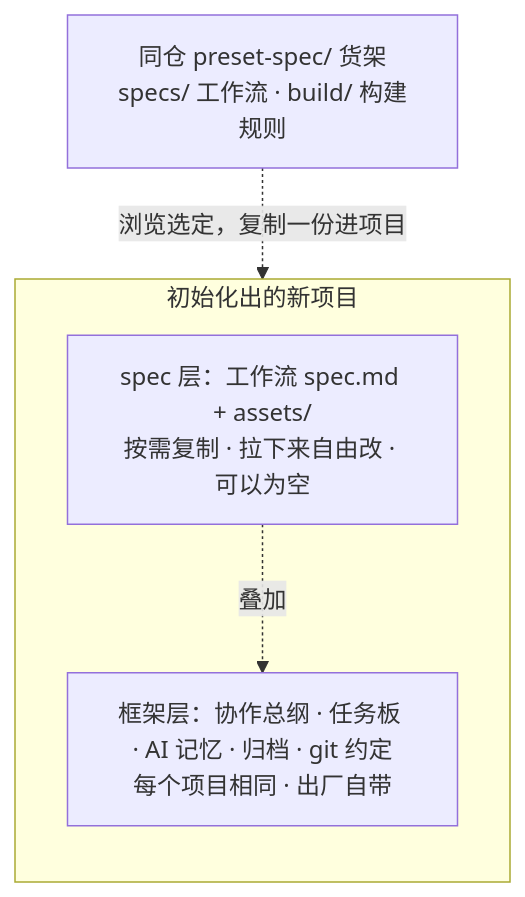
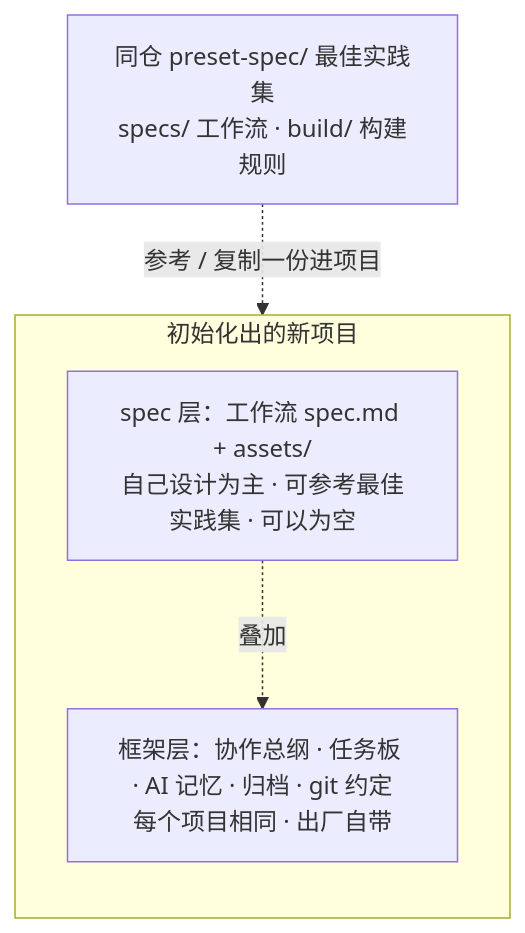
Before and after one commit to The-Daybreaker/project-spec: the second of 2 diagrams in README.md, drawn with Mermaid. The commit also changed other lines of this file and 11 other files, not shown here.

First line of the commit message:
docs: preset-spec 定位为最佳实践集 + 审计收尾 + spec 设计方法论

````diff
--- a/README.md
+++ b/README.md
@@ -70,11 +66,11 @@
 ```mermaid
 flowchart TB
-  SHELF["同仓 preset-spec/ 货架<br/>specs/ 工作流 · build/ 构建规则"]
+  SHELF["同仓 preset-spec/ 最佳实践集<br/>specs/ 工作流 · build/ 构建规则"]
   subgraph PROJ["初始化出的新项目"]
     direction TB
-    SPEC["spec 层：工作流 spec.md + assets/<br/>按需复制 · 拉下来自由改 · 可以为空"]
+    SPEC["spec 层：工作流 spec.md + assets/<br/>自己设计为主 · 可参考最佳实践集 · 可以为空"]
     FRAME["框架层：协作总纲 · 任务板 · AI 记忆 · 归档 · git 约定<br/>每个项目相同 · 出厂自带"]
     SPEC -. "叠加" .-> FRAME
   end
-  SHELF -. "浏览选定，复制一份进项目" .-> SPEC
+  SHELF -. "参考 / 复制一份进项目" .-> SPEC
 ```
````
